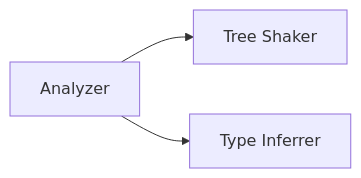
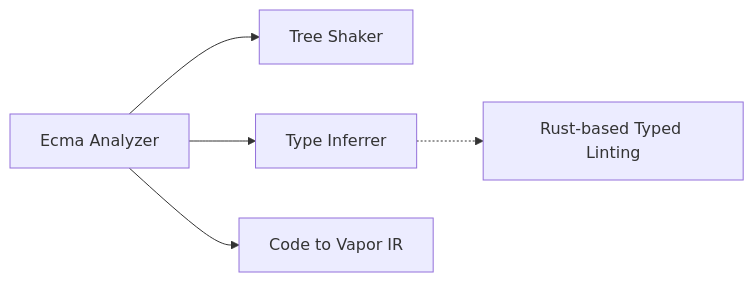
The diagram in README.md (KermanX/tree-shaker), drawn with Mermaid before and after one commit. The commit also changed 16 other files, not shown here.

````diff
--- a/README.md
+++ b/README.md
@@ -7,5 +7,6 @@
 ```mermaid
 graph LR;
-A[Analyzer] --> B[Tree Shaker]
-A --> C[Type Inferrer]
+A[Ecma Analyzer] --> B[Tree Shaker]
+A --> C[Type Inferrer] -.-> D[Rust-based Typed Linting]
+A --> E[Code to Vapor IR]
 ```
````
